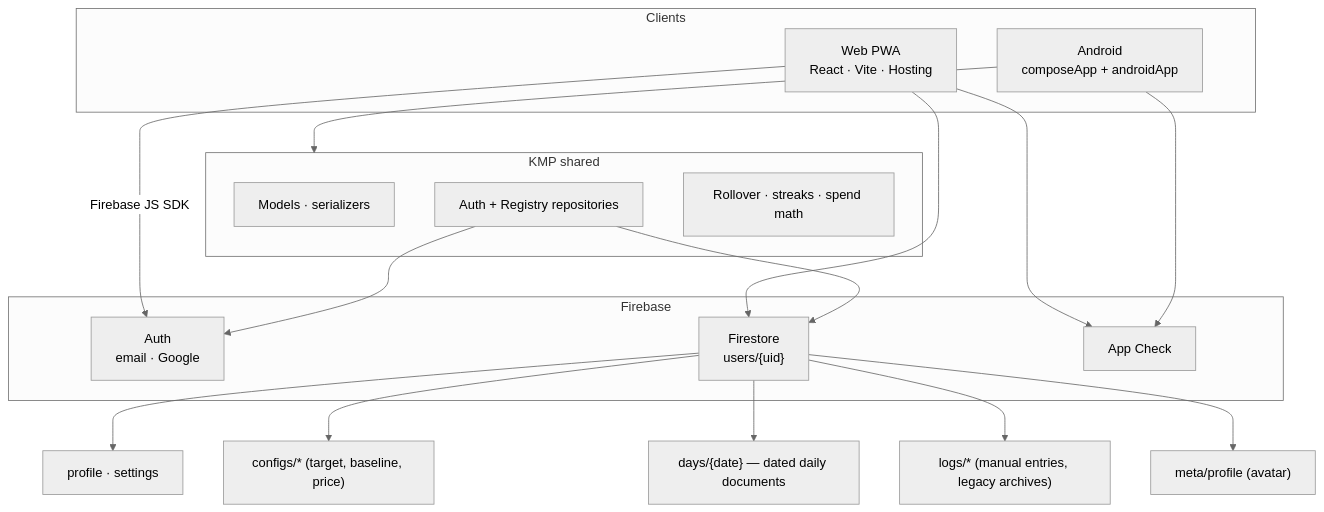
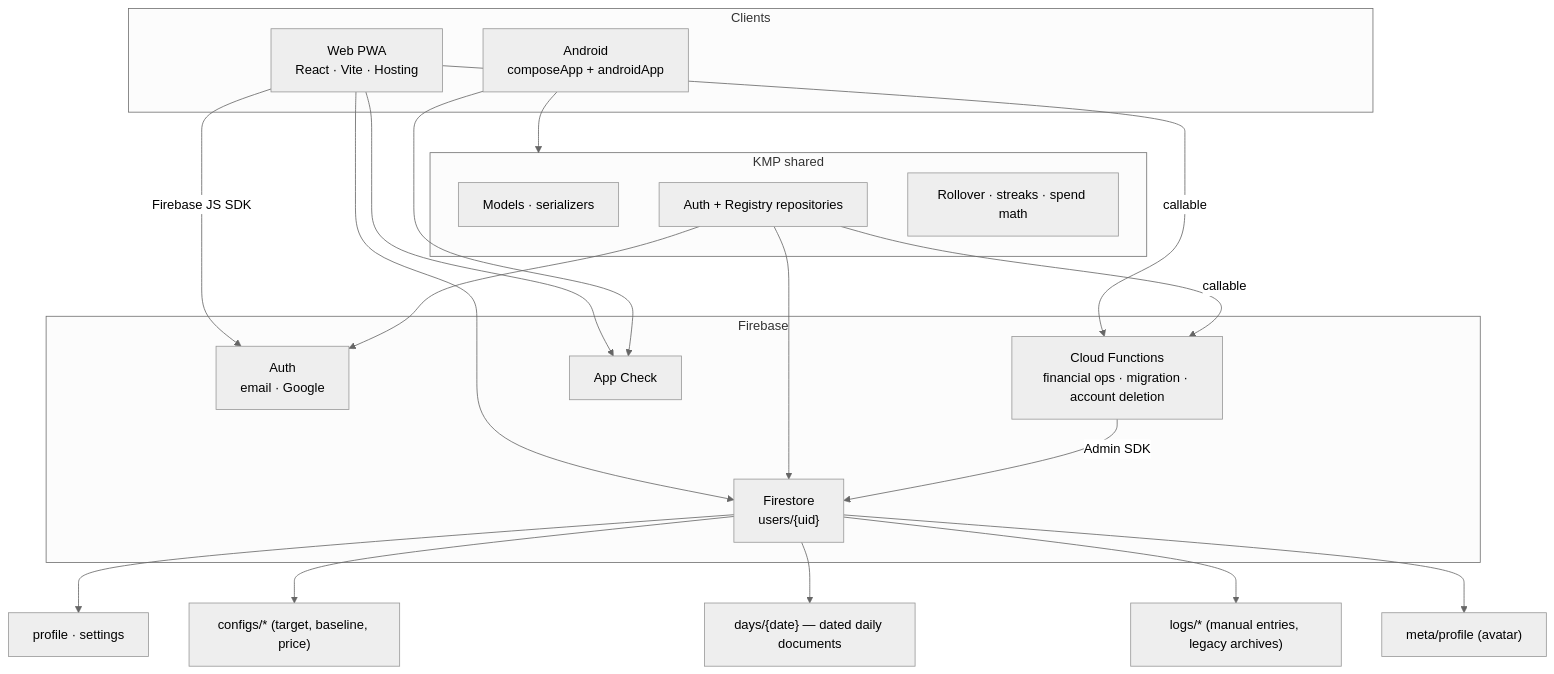
Before and after one commit to shareef01/tabakpp: the first of 2 diagrams in README.md, drawn with Mermaid (neutral theme). The commit also changed other lines of this file and 12 other files, not shown here.

````diff
--- a/README.md
+++ b/README.md
@@ -103,33 +107,37 @@
 ```mermaid
 flowchart TB
   subgraph clients [Clients]
     Android["Android<br/>composeApp + androidApp"]
     Web["Web PWA<br/>React · Vite · Hosting"]
   end
 
   subgraph kmp [KMP shared]
     Models["Models · serializers"]
     Repos["Auth + Registry repositories"]
     Domain["Rollover · streaks · spend math"]
   end
 
   subgraph firebase [Firebase]
     Auth["Auth<br/>email · Google"]
     FS["Firestore<br/>users/{uid}"]
+    CF["Cloud Functions<br/>financial ops · migration · account deletion"]
     AC["App Check"]
   end
 
   Android --> kmp
   Web -->|"Firebase JS SDK"| Auth
   Web --> FS
   Web --> AC
   Repos --> Auth
   Repos --> FS
   Android --> AC
+  Web -->|"callable"| CF
+  Repos -->|"callable"| CF
+  CF -->|"Admin SDK"| FS
 
   FS --> Profile["profile · settings"]
   FS --> Configs["configs/* (target, baseline, price)"]
   FS --> Days["days/{date} — dated daily documents"]
   FS --> Logs["logs/* (manual entries, legacy archives)"]
   FS --> Meta["meta/profile (avatar)"]
 ```
````
